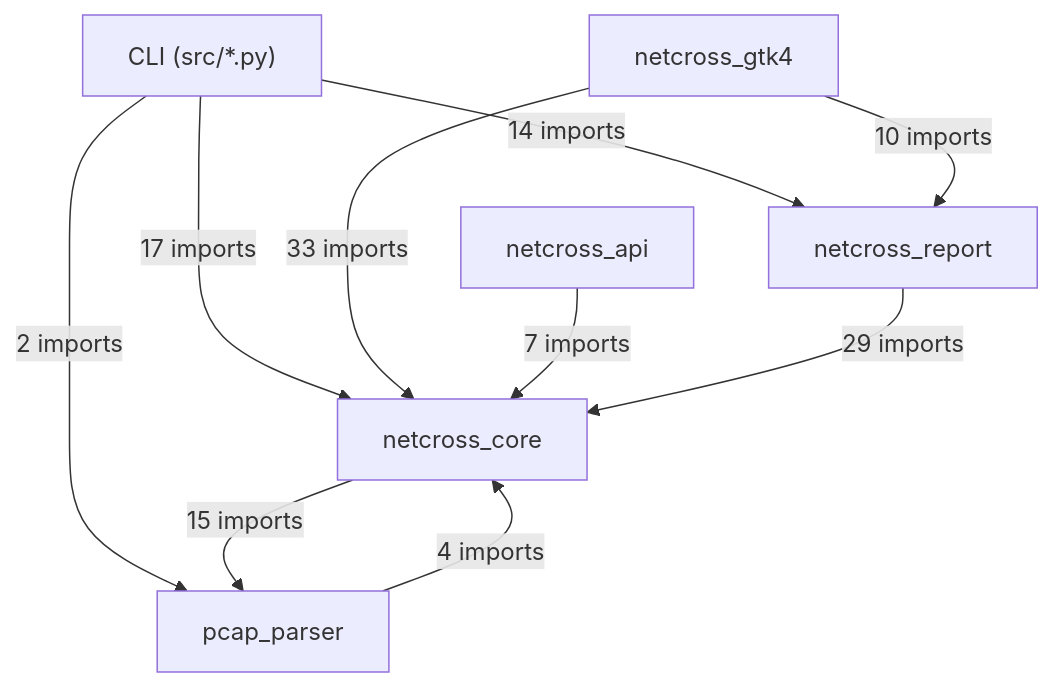
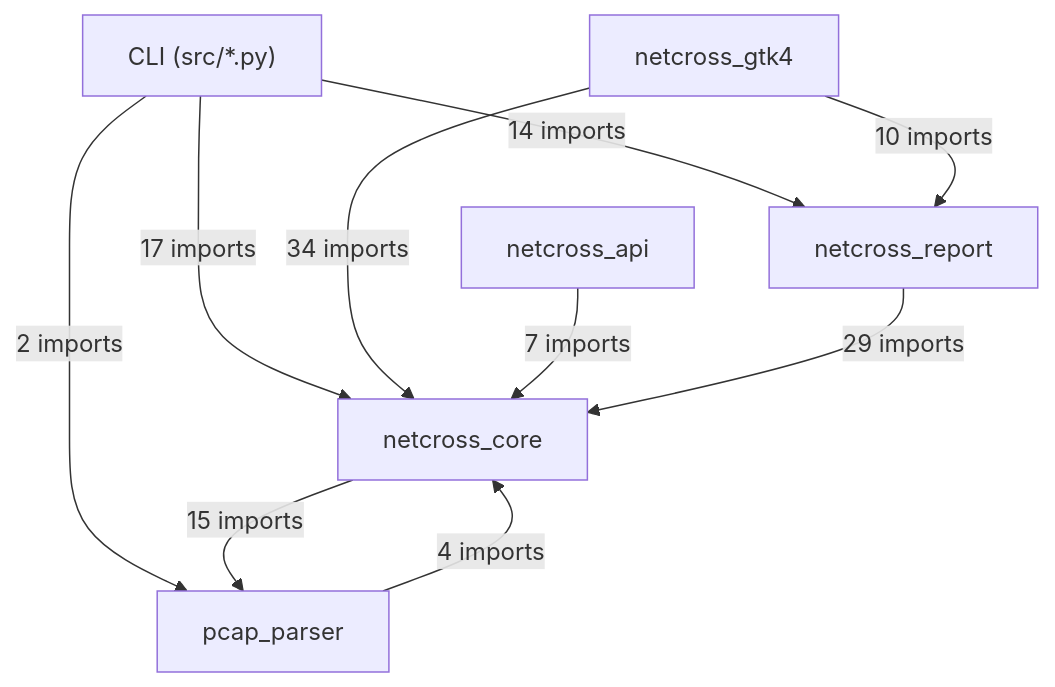
The first of 16 diagrams in docs/class-diagram.md (MathildeDec/Netcross), drawn with Mermaid before and after one commit. The commit also changed 2 other files, not shown here.

Commit message:
feat(#299): câblage _() dans app.py + check_i18n dans CI
Import i18n.setup_gettext('netcross-gtk4') au niveau module.
Tous les labels/tooltips/messages utilisateur sont wrapés avec _():

- 26 Gtk.Button/Gtk.Label (boutons, en-têtes, filtres)
- 11 set_tooltip_text (infobulles)
- 2 self._log (messages utilisateur)
- 7 GLib.idle_add (messages thread -> UI)
- 3 set_text (statut, contexte, PDF)
- 1 Gtk.Label label= (contexte dashboard)

Ajoute l'étape 'Cohérence des traductions i18n' dans ci.yml,
avant les tests pytest.

Régénère le diagramme de classes (34 -> 35 imports).

3167 tests passent.

````diff
--- a/docs/class-diagram.md
+++ b/docs/class-diagram.md
@@ -26,18 +26,18 @@
 ```mermaid
 flowchart TD
     CLI["CLI (src/*.py)"]
     netcross_gtk4["netcross_gtk4"]
     netcross_api["netcross_api"]
     netcross_report["netcross_report"]
     netcross_core["netcross_core"]
     pcap_parser["pcap_parser"]
     CLI -->|"14 imports"| netcross_report
     CLI -->|"17 imports"| netcross_core
     CLI -->|"2 imports"| pcap_parser
     netcross_gtk4 -->|"10 imports"| netcross_report
-    netcross_gtk4 -->|"33 imports"| netcross_core
+    netcross_gtk4 -->|"34 imports"| netcross_core
     netcross_api -->|"7 imports"| netcross_core
     netcross_report -->|"29 imports"| netcross_core
     netcross_core -->|"15 imports"| pcap_parser
     pcap_parser -->|"4 imports"| netcross_core
 ```
````
